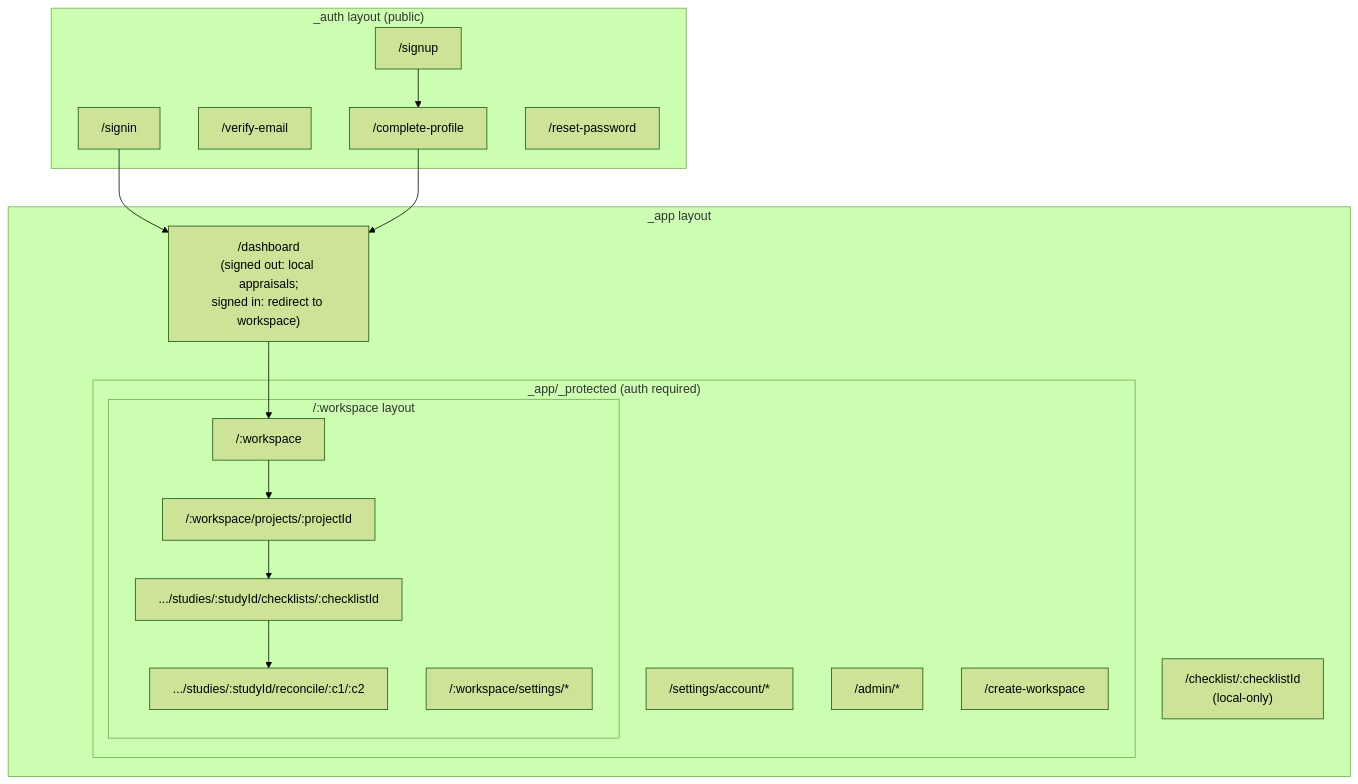
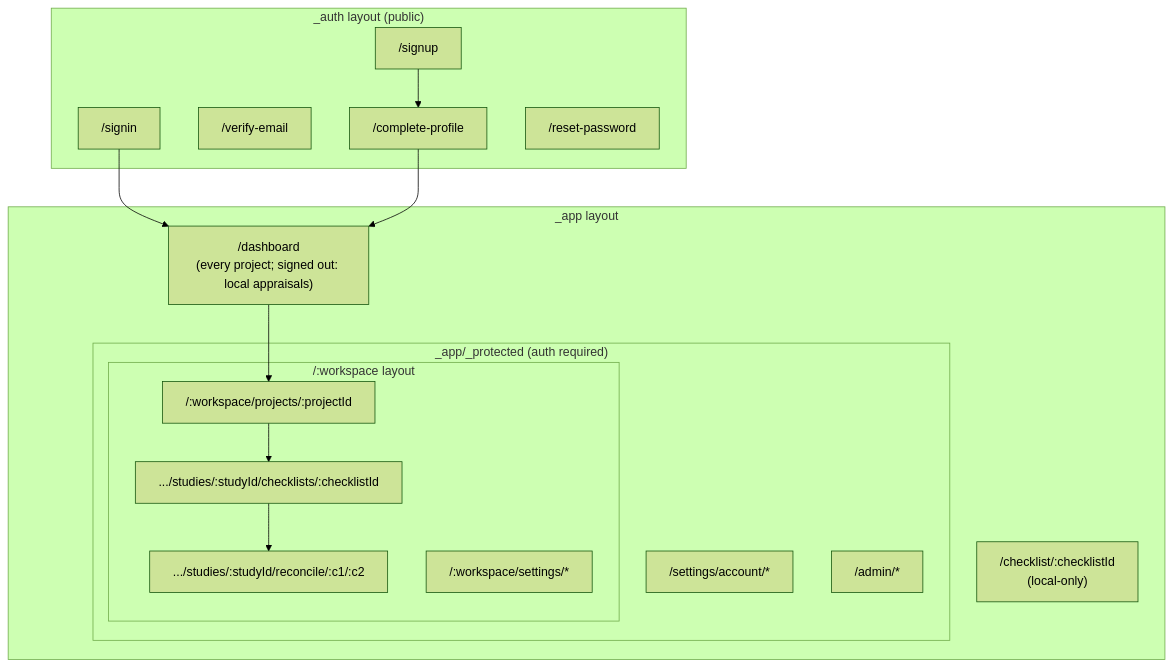
One commit to InfinityBowman/corates changed the diagram in packages/docs/architecture/diagrams/05-frontend-routes.md. Above: the diagram before and after it, drawn with Mermaid (forest theme). The commit also changed other lines of this file and 27 other files, not shown here.

````diff
--- a/packages/docs/architecture/diagrams/05-frontend-routes.md
+++ b/packages/docs/architecture/diagrams/05-frontend-routes.md
@@ -5,36 +5,33 @@
 ```mermaid
 flowchart TD
     subgraph Public["_auth layout (public)"]
         signin["/signin"]
         signup["/signup"]
         verifyemail["/verify-email"]
         completeprofile["/complete-profile"]
         resetpw["/reset-password"]
     end
 
     subgraph App["_app layout"]
-        dashboard["/dashboard<br/>(signed out: local appraisals;<br/>signed in: redirect to workspace)"]
+        dashboard["/dashboard<br/>(every project; signed out: local appraisals)"]
         localcheck["/checklist/:checklistId<br/>(local-only)"]
 
         subgraph Protected["_app/_protected (auth required)"]
             account["/settings/account/*"]
             admin["/admin/*"]
-            createorg["/create-workspace"]
             subgraph Workspace["/:workspace layout"]
-                home["/:workspace"]
                 projectview["/:workspace/projects/:projectId"]
                 checklistview[".../studies/:studyId/checklists/:checklistId"]
                 reconcile[".../studies/:studyId/reconcile/:c1/:c2"]
                 wsettings["/:workspace/settings/*"]
             end
         end
     end
 
     signin --> dashboard
     signup --> completeprofile
     completeprofile --> dashboard
-    dashboard --> home
-    home --> projectview
+    dashboard --> projectview
     projectview --> checklistview
     checklistview --> reconcile
 ```
````
